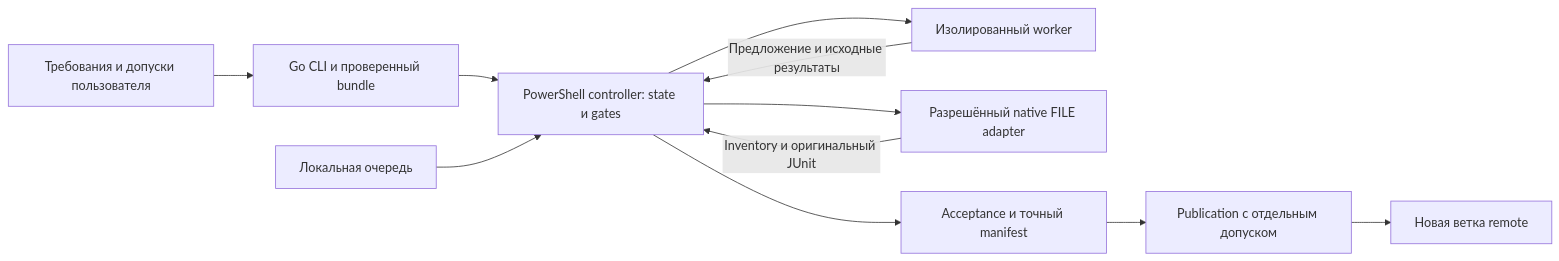
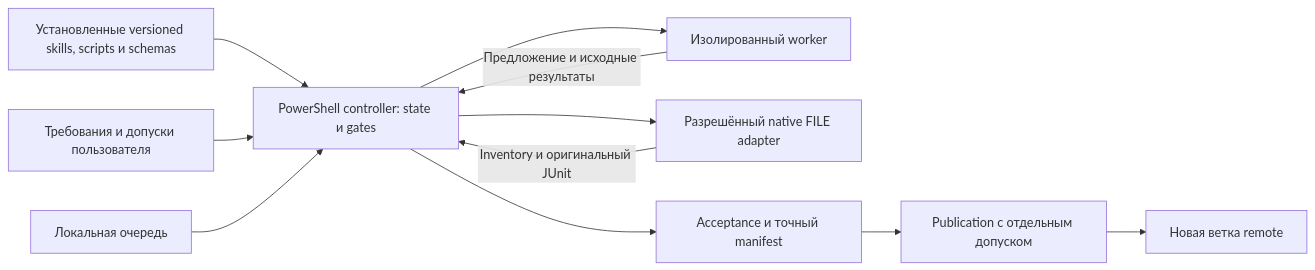
One commit to fokusov/bsl-flow changed the first of 2 diagrams in docs/ARCHITECTURE_RU.md. Above: the diagram before and after it, drawn with Mermaid. The commit also changed other lines of this file and 20 other files, not shown here.

````diff
--- a/docs/ARCHITECTURE_RU.md
+++ b/docs/ARCHITECTURE_RU.md
@@ -23,13 +31,13 @@
 ```mermaid
 flowchart LR
-    U[Требования и допуски пользователя] --> G[Go CLI и проверенный bundle]
-    G --> C[PowerShell controller: state и gates]
+    I[Установленные versioned skills, scripts и schemas] --> C[PowerShell controller: state и gates]
+    U[Требования и допуски пользователя] --> C
     Q[Локальная очередь] --> C
     C --> W[Изолированный worker]
     W -->|Предложение и исходные результаты| C
     C --> N[Разрешённый native FILE adapter]
     N -->|Inventory и оригинальный JUnit| C
     C --> A[Acceptance и точный manifest]
     A --> P[Publication с отдельным допуском]
     P --> R[Новая ветка remote]
 ```
````
